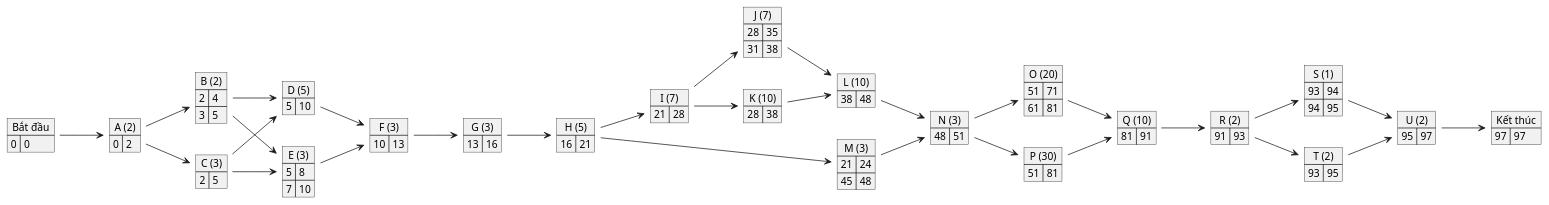
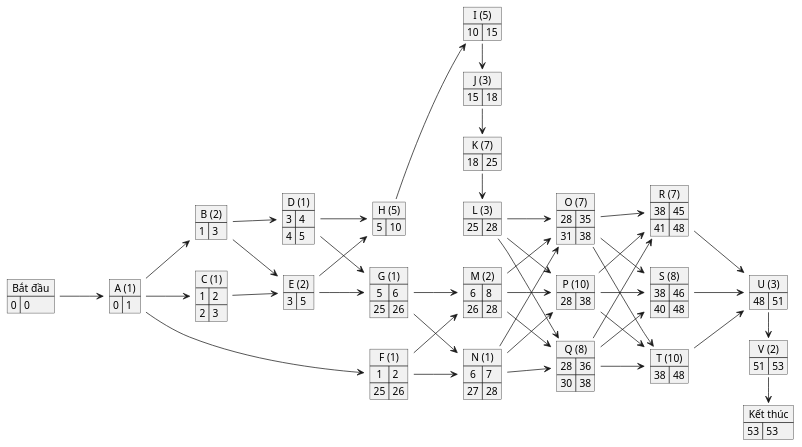
Before and after one commit to The-Cookies-Team/UML-Diagrams: the diagram in PERTDiagrams/aon.puml, drawn with PlantUML. The commit also changed 2 other files, not shown here.

```diff
--- a/PERTDiagrams/aon.puml
+++ b/PERTDiagrams/aon.puml
@@ -1,125 +1,142 @@
 @startuml AON
 left to right direction
 
 map "Bắt đầu" as BD {
     0 => 0
 }
-map "A (2)" as A {
-    0 => 2
-    0 => 2
+map "A (1)" as A {
+    0 => 1
+    0 => 1
 }
 map "B (2)" as B {
-    2 => 4
+    1 => 3
+    1 => 3
+}
+map "C (1)" as C {
+    1 => 2
+    2 => 3
+}
+map "D (1)" as D {
+    3 => 4
+    4 => 5
+}
+map "E (2)" as E {
+    3 => 5
     3 => 5
 }
-map "C (3)" as C {
-    2 => 5
-    2 => 5
+map "F (1)" as F {
+    1 => 2
+    25 => 26
 }
-map "D (5)" as D {
+map "G (1)" as G {
+    5 => 6
+    25 => 26
+}
+map "H (5)" as H {
     5 => 10
     5 => 10
 }
-map "E (3)" as E {
-    5 => 8
-    7 => 10
+map "I (5)" as I {
+    10 => 15
+    10 => 15
 }
-map "F (3)" as F {
-    10 => 13
-    10 => 13
+map "J (3)" as J {
+    15 => 18
+    15 => 18
 }
-map "G (3)" as G {
-    13 => 16
-    13 => 16
+map "K (7)" as K {
+    18 => 25
+    18 => 25
 }
-map "H (5)" as H {
-    16 => 21
-    16 => 21
+map "L (3)" as L {
+    25 => 28
+    25 => 28
 }
-map "I (7)" as I {
-    21 => 28
-    21 => 28
+map "M (2)" as M {
+    6 => 8
+    26 => 28
 }
-map "J (7)" as J {
+map "N (1)" as N {
+    6 => 7
+    27 => 28
+}
+map "O (7)" as O {
     28 => 35
     31 => 38
 }
-map "K (10)" as K {
+map "P (10)" as P {
     28 => 38
     28 => 38
 }
-map "L (10)" as L {
+map "Q (8)" as Q {
+    28 => 36
+    30 => 38
+}
+map "R (7)" as R {
+    38 => 45
+    41 => 48
+}
+map "S (8)" as S {
+    38 => 46
+    40 => 48
+}
+map "T (10)" as T {
     38 => 48
     38 => 48
 }
-map "M (3)" as M {
-    21 => 24
-    45 => 48
-}
-map "N (3)" as N {
+map "U (3)" as U {
     48 => 51
     48 => 51
 }
-map "O (20)" as O {
-    51 => 71
-    61 => 81
-}
-map "P (30)" as P {
-    51 => 81
-    51 => 81
-}
-map "Q (10)" as Q {
-    81 => 91
-    81 => 91
-}
-map "R (2)" as R {
-    91 => 93
-    91 => 93
-}
-map "S (1)" as S {
-    93 => 94
-    94 => 95
-}
-map "T (2)" as T {
-    93 => 95
-    93 => 95
-}
-map "U (2)" as U {
-    95 => 97
-    95 => 97
+map "V (2)" as V {
+    51 => 53
+    51 => 53
 }
 map "Kết thúc" as KT {
-    97 => 97
+    53 => 53
 }
 
 BD --> A
 A --> B
 A --> C
+A --> F
 B --> D
-C --> D
 B --> E
 C --> E
-D --> F
-E --> F
-F --> G
-G --> H
+D --> G
+E --> G
+D --> H
+E --> H
 H --> I
-I --> J
-I --> K
-J --> L
-K --> L
-H --> M
-L --> N
-M --> N
+I -> J
+J -> K
+K -> L
+F --> M
+G --> M
+F --> N
+G --> N
+L --> O
+M --> O
 N --> O
+L --> P
+M --> P
 N --> P
-O --> Q
-P --> Q
+L --> Q
+M --> Q
+N --> Q
+O --> R
+P --> R
 Q --> R
-R --> S
-R --> T
+O --> S
+P --> S
+Q --> S
+O --> T
+P --> T
+Q --> T
+R --> U
+S --> U
 T --> U
-S --> U
-U --> KT
+U -> V
+V -> KT
 
 @enduml
```
